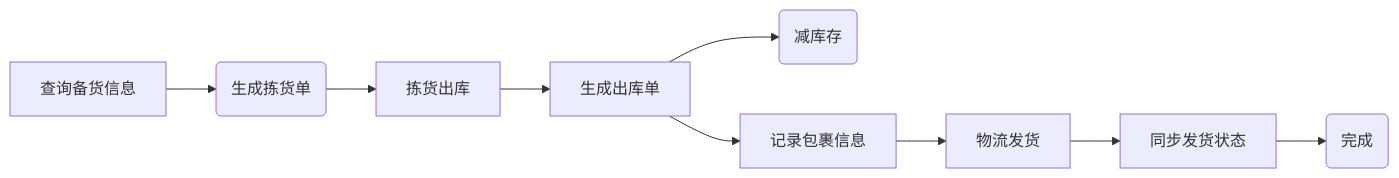
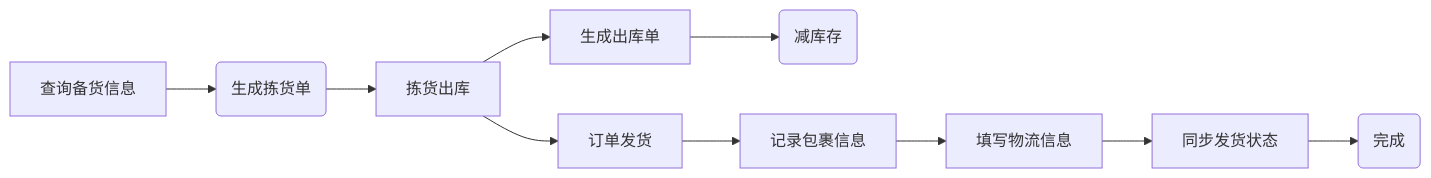
Before and after one commit to zeasin/qihangerp: the third of 3 diagrams in README.md, drawn with Mermaid.

Commit message:
完善README

````diff
--- a/README.md
+++ b/README.md
@@ -69,12 +69,13 @@
 ```mermaid
 graph LR
 A[查询备货信息] -->B(生成拣货单)
     B --> C[拣货出库]
     C --> D[生成出库单]
     D --> E(减库存)
-    D --> F[记录包裹信息]
-    F --> G[物流发货]
+    C --> F[订单发货]
+    F --> F1[记录包裹信息]
+    F1 --> G[填写物流信息]
     G --> G1[同步发货状态]
     G1 --> H(完成)
 
 ```
````
